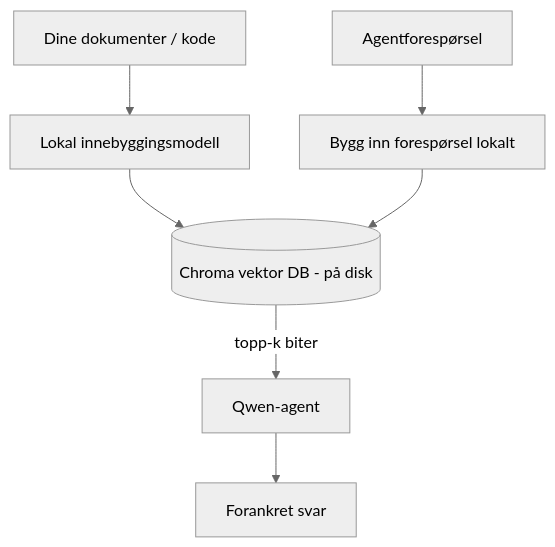
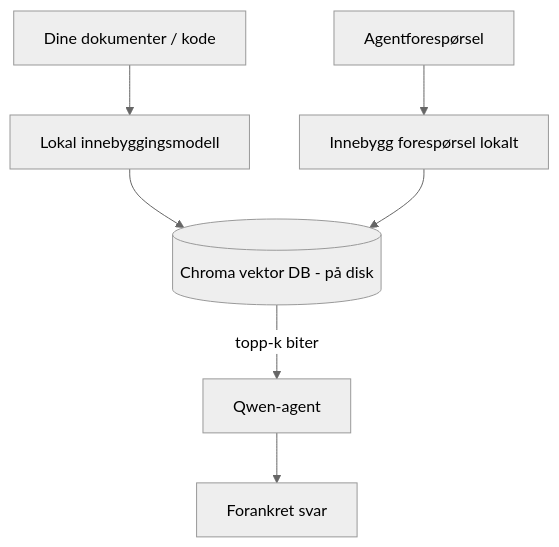
One commit to microsoft/ai-agents-for-beginners changed the third of 4 diagrams in translations/no/17-creating-local-ai-agents/README.md. Above: the diagram before and after it, drawn with Mermaid (neutral theme). The commit also changed other lines of this file and 47 other files, not shown here.

````diff
--- a/translations/no/17-creating-local-ai-agents/README.md
+++ b/translations/no/17-creating-local-ai-agents/README.md
@@ -125,9 +125,9 @@
 ```mermaid
 flowchart TB
     D[Dine dokumenter / kode] --> E[Lokal innebyggingsmodell]
     E --> V[(Chroma vektor DB - på disk)]
-    Q[Agentforespørsel] --> QE[Bygg inn forespørsel lokalt]
+    Q[Agentforespørsel] --> QE[Innebygg forespørsel lokalt]
     QE --> V
     V -->|topp-k biter| A[Qwen-agent]
     A --> Ans[Forankret svar]
 ```
````
